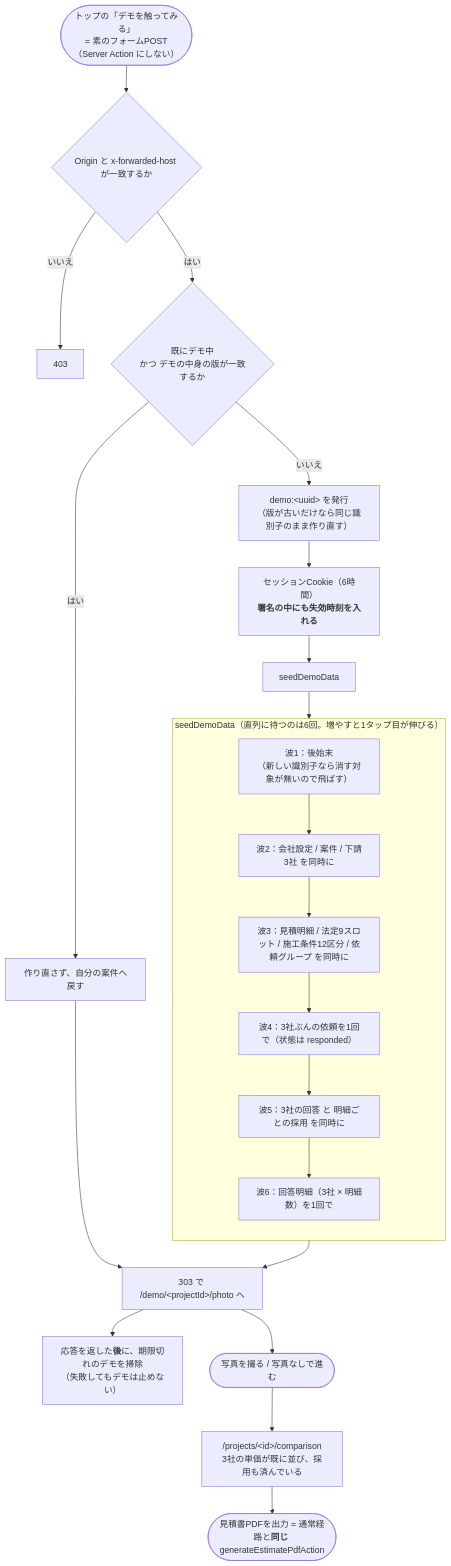
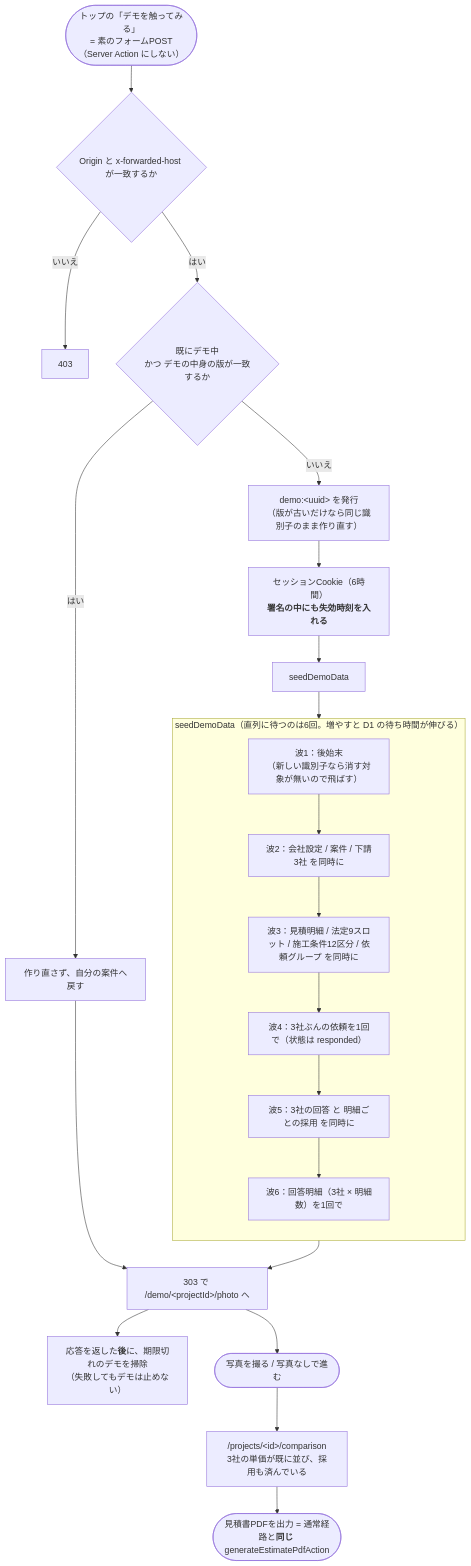
The second of 4 diagrams in docs/flows.md (rahiseko-alt/renovation-estimate-app), drawn with Mermaid before and after one commit. The commit also changed other lines of this file and 53 other files, not shown here.

````diff
--- a/docs/flows.md
+++ b/docs/flows.md
@@ -399,31 +428,31 @@
 ```mermaid
 flowchart TD
   A(["トップの「デモを触ってみる」<br/>= 素のフォームPOST（Server Action にしない）"])
   A --> B{"Origin と x-forwarded-host が一致するか"}
   B -->|"いいえ"| BX["403"]
   B -->|"はい"| C{"既にデモ中<br/>かつ デモの中身の版が一致するか"}
   C -->|"はい"| C1["作り直さず、自分の案件へ戻す"]
   C -->|"いいえ"| D["demo:&lt;uuid&gt; を発行<br/>（版が古いだけなら同じ識別子のまま作り直す）"]
   D --> E["セッションCookie（6時間）<br/><b>署名の中にも失効時刻を入れる</b>"]
   E --> F["seedDemoData"]
 
-  subgraph SEED["seedDemoData（直列に待つのは6回。増やすと1タップ目が伸びる）"]
+  subgraph SEED["seedDemoData（直列に待つのは6回。増やすと D1 の待ち時間が伸びる）"]
     direction TB
     W1["波1：後始末<br/>（新しい識別子なら消す対象が無いので飛ばす）"]
     W2["波2：会社設定 / 案件 / 下請3社 を同時に"]
     W3["波3：見積明細 / 法定9スロット / 施工条件12区分 / 依頼グループ を同時に"]
     W4["波4：3社ぶんの依頼を1回で（状態は responded）"]
     W5["波5：3社の回答 と 明細ごとの採用 を同時に"]
     W6["波6：回答明細（3社 × 明細数）を1回で"]
     W1 --> W2 --> W3 --> W4 --> W5 --> W6
   end
 
   F --> SEED
   SEED --> G["303 で /demo/&lt;projectId&gt;/photo へ"]
   C1 --> G
   G --> H["応答を返した<b>後</b>に、期限切れのデモを掃除<br/>（失敗してもデモは止めない）"]
 
   G --> I(["写真を撮る / 写真なしで進む"])
   I --> J["/projects/&lt;id&gt;/comparison<br/>3社の単価が既に並び、採用も済んでいる"]
   J --> K(["見積書PDFを出力 = 通常経路と<b>同じ</b> generateEstimatePdfAction"])
 ```
````
